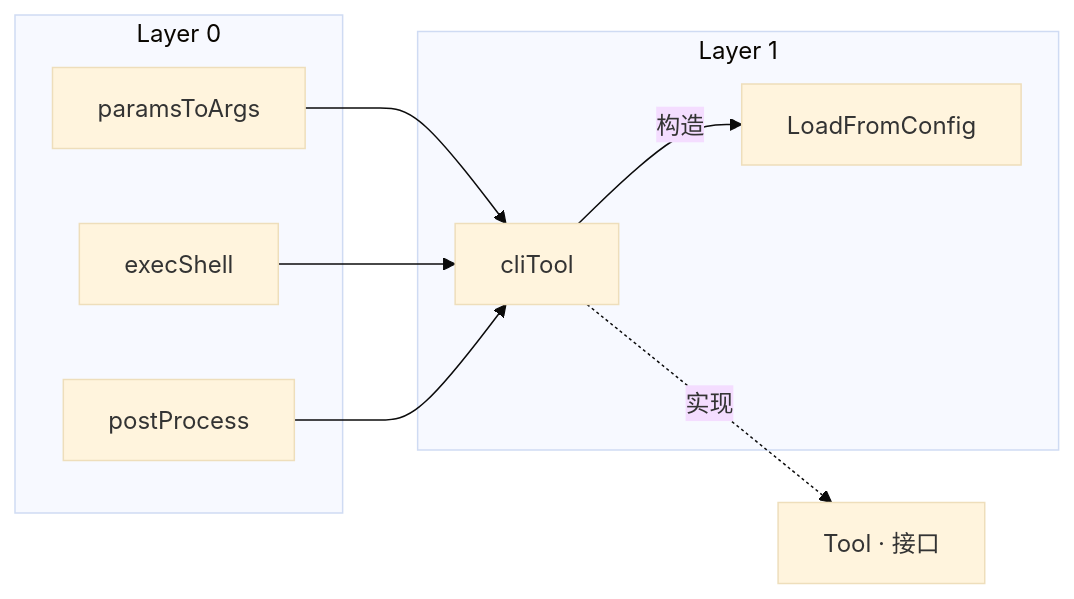
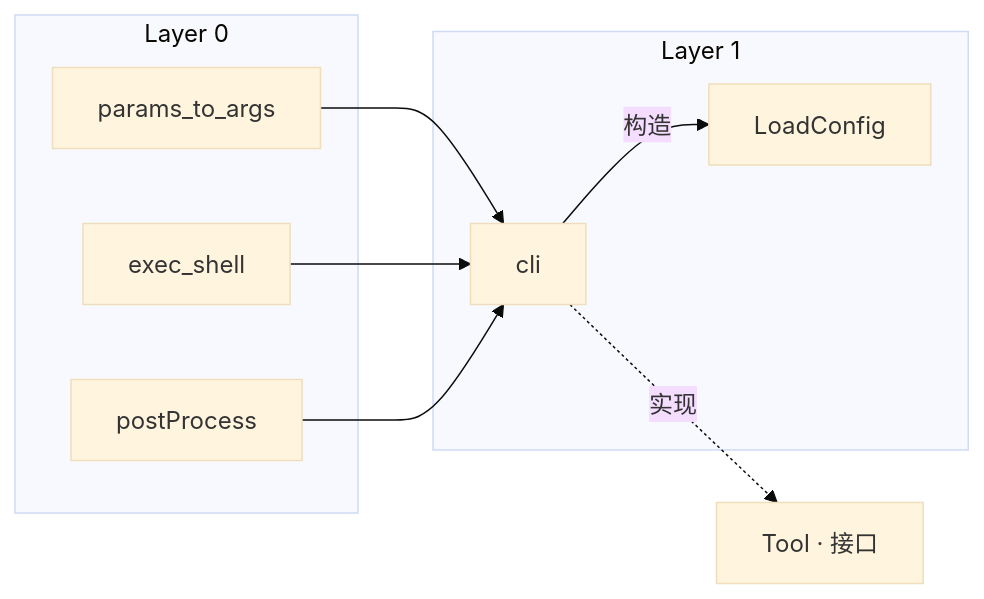
Before and after one commit to gaiusliu/argo: the second of 4 diagrams in docs/tasks/deck/_tree.md, drawn with Mermaid (base theme). The commit also changed other lines of this file and 46 other files, not shown here.

````diff
--- a/docs/tasks/deck/_tree.md
+++ b/docs/tasks/deck/_tree.md
@@ -55,19 +59,19 @@
 ```mermaid
 flowchart LR
     subgraph L0["Layer 0"]
-        pa["paramsToArgs"]
-        es["execShell"]
+         pa["params_to_args"]
+        es["exec_shell"]
         ps["postProcess"]
     end
 
     subgraph L1["Layer 1"]
-        ct["cliTool"]
-        lc["LoadFromConfig"]
+         ct["cli"]
+        lc["LoadConfig"]
     end
 
     pa --> ct
     es --> ct
     ps --> ct
     ct -.->|实现| Tool["Tool · 接口"]
     ct -->|构造| lc
 ```
````
